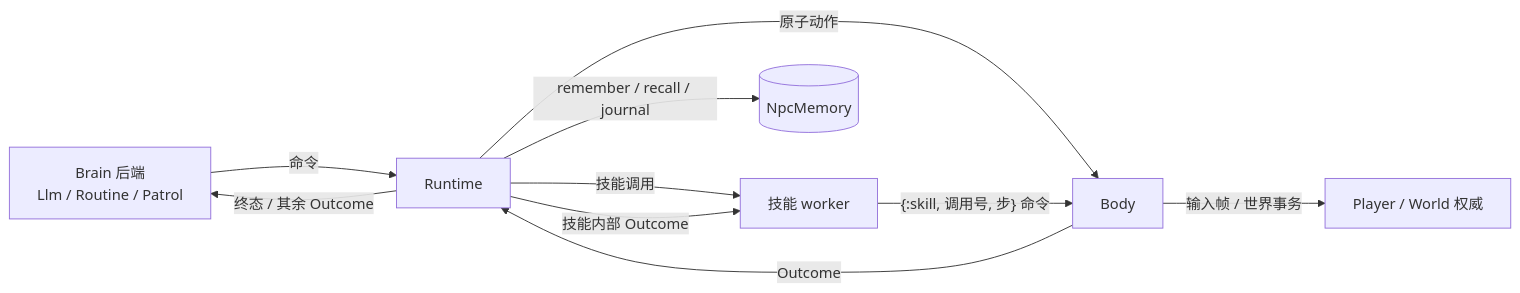
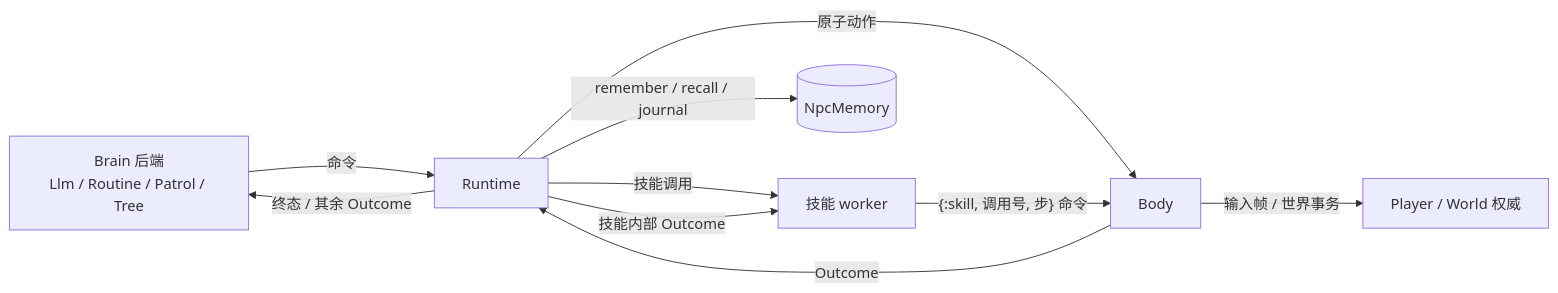
One commit to dyzdyz010/ex_mmo_cluster changed the diagram in apps/gate_server/lib/gate_server/npc/README.md. Above: the diagram before and after it, drawn with Mermaid. The commit also changed other lines of this file and 18 other files, not shown here.

````diff
--- a/apps/gate_server/lib/gate_server/npc/README.md
+++ b/apps/gate_server/lib/gate_server/npc/README.md
@@ -32,12 +34,12 @@
 ```mermaid
 flowchart LR
-  B[Brain 后端<br/>Llm / Routine / Patrol] -- 命令 --> R[Runtime]
+  B[Brain 后端<br/>Llm / Routine / Patrol / Tree] -- 命令 --> R[Runtime]
   R -- 原子动作 --> Body
   R -- 技能调用 --> W[技能 worker]
   W -- "{:skill, 调用号, 步}" 命令 --> Body
   Body -- Outcome --> R
   R -- 技能内部 Outcome --> W
   R -- 终态 / 其余 Outcome --> B
   Body -- 输入帧 / 世界事务 --> P[Player / World 权威]
   R -- remember / recall / journal --> M[(NpcMemory)]
 ```
````
